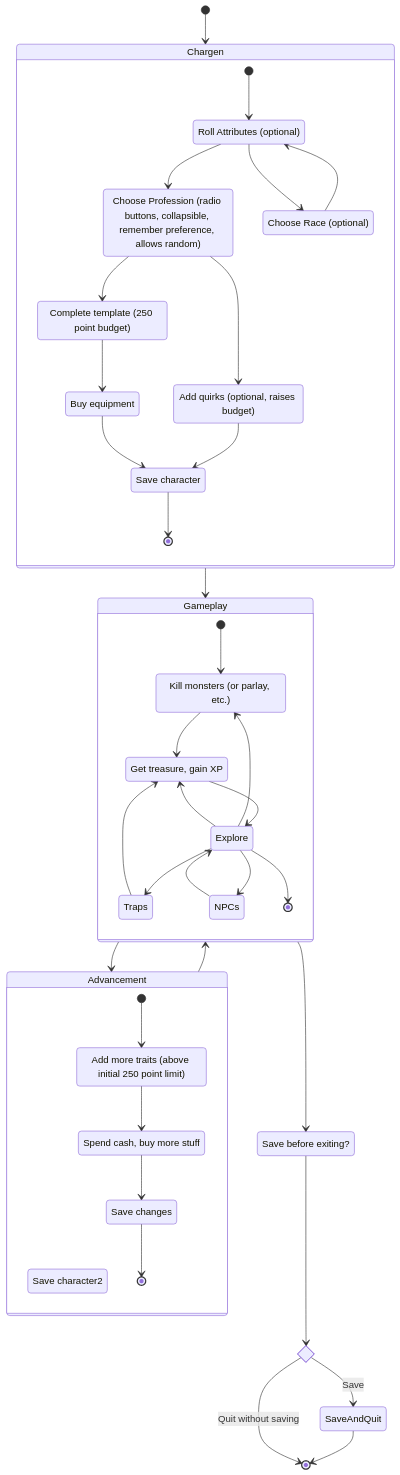
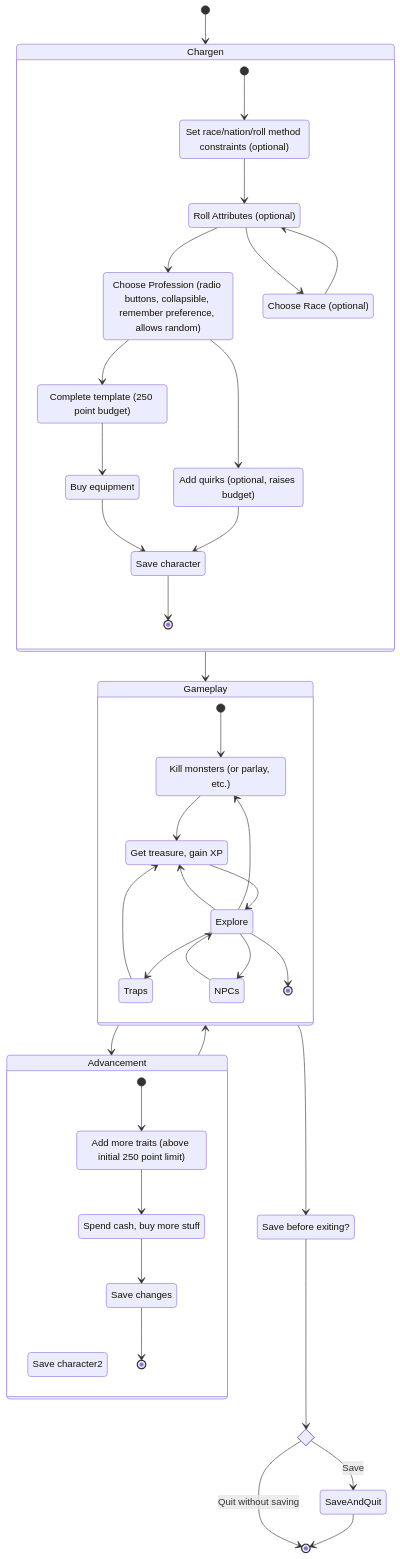
Before and after one commit to MaxWilson/ShiningSword: the diagram in docs/DFRPG_Chargen.md, drawn with Mermaid. The commit also changed 1 other file, not shown here.

````diff
--- a/docs/DFRPG_Chargen.md
+++ b/docs/DFRPG_Chargen.md
@@ -10,57 +10,59 @@
 ```mermaid
 stateDiagram-v2
     state Chargen {
-      [*] --> RollAttributes
+      [*] --> Constraints
+      Constraints --> RollAttributes
       RollAttributes --> ChooseProfession
       RollAttributes --> ChooseRace
       ChooseRace --> RollAttributes
       ChooseProfession --> CompleteTemplate
       ChooseProfession --> AddQuirks
       CompleteTemplate --> BuyEquipment
       BuyEquipment --> Save
       AddQuirks --> Save
+      Constraints: Set race/nation/roll method constraints (optional)
       RollAttributes: Roll Attributes (optional)
       ChooseRace: Choose Race (optional)
       ChooseProfession: Choose Profession (radio buttons, collapsible, remember preference, allows random)
       CompleteTemplate: Complete template (250 point budget)
       AddQuirks: Add quirks (optional, raises budget)
       BuyEquipment: Buy equipment
       Save: Save character
       Save --> [*]
       }
     state Gameplay {
       [*] --> KillMonsters
       Explore --> KillMonsters
       Explore --> Rewards
       Explore --> Traps
       Explore --> NPCs
       NPCs --> Explore
       Traps --> Rewards
       KillMonsters --> Rewards
       Rewards --> Explore
       Explore --> [*]
       Rewards: Get treasure, gain XP
       KillMonsters: Kill monsters (or parlay, etc.)
       }
     state "Advancement" as Advancement {
       Save2: Save character2
       [*] --> AddToTemplate
       AddToTemplate --> BuyMoreEquipment
       BuyMoreEquipment --> SaveAgain
       SaveAgain --> [*]
       AddToTemplate: Add more traits (above initial 250 point limit)
       SaveAgain: Save changes
       BuyMoreEquipment: Spend cash, buy more stuff
       }
     SaveOnExit: Save before exiting?
     state if_SaveGame <<choice>>
     [*] --> Chargen
     Chargen --> Gameplay
     Gameplay --> SaveOnExit
     SaveOnExit --> if_SaveGame
     if_SaveGame --> [*] : Quit without saving
     if_SaveGame --> SaveAndQuit : Save
     SaveAndQuit --> [*]
     Gameplay --> Advancement
     Advancement --> Gameplay
 ```
````
